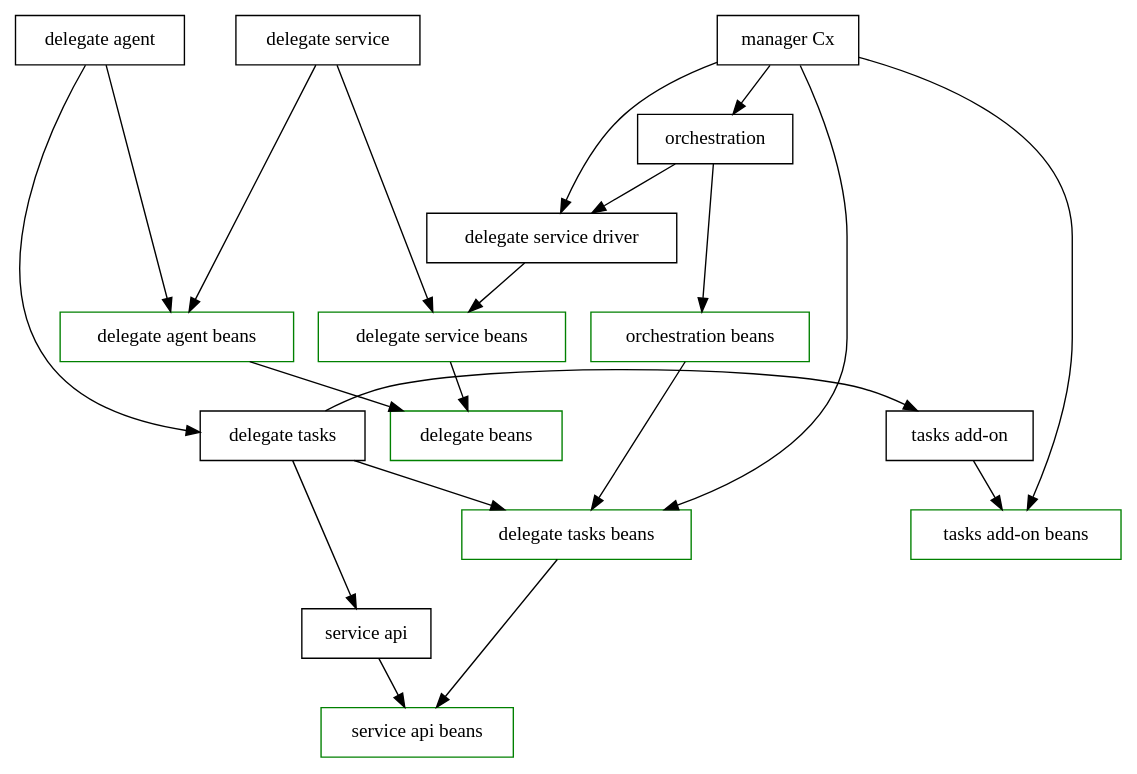
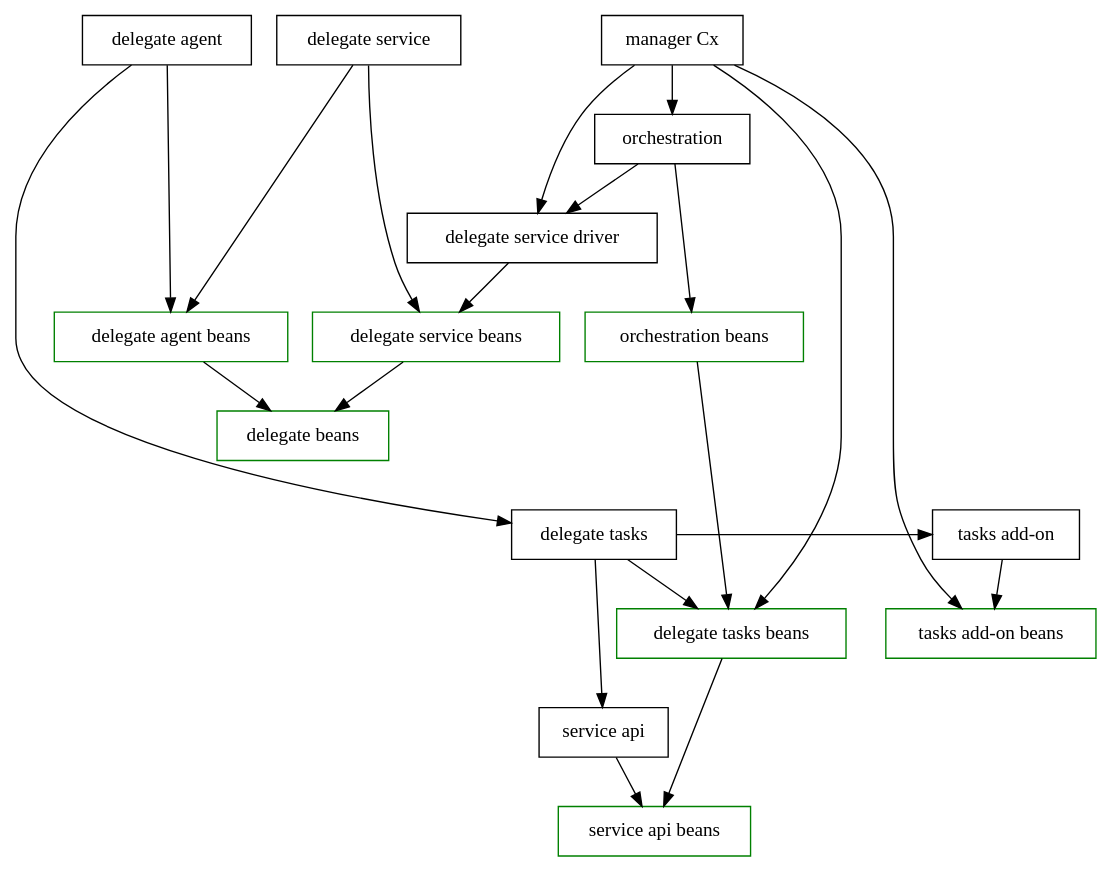
The diagram in img/graphviz/layers.dot (pranay-harness/harness-core), drawn with Graphviz before and after one commit. The commit also changed 24 other files, not shown here.

```diff
--- a/img/graphviz/layers.dot
+++ b/img/graphviz/layers.dot
@@ -1,76 +1,78 @@
 digraph G {
   compound=true;
 
   service_api_beans [shape=rect color=green label="service api beans"];
 
   service_api [shape=rect label="service api"];
 
   subgraph {
     rank=same
     delegate_tasks_beans [shape=rect color=green label="delegate tasks beans"];
     tasks_add_on_beans [shape=rect color=green label="tasks add-on beans"];
   }
 
   subgraph {
     rank=same
     delegate_tasks [shape=rect label="delegate tasks"];
     tasks_add_on [shape=rect label="tasks add-on"];
   }
 
   delegate_beans [shape=rect color=green label="delegate beans"];
 
   orchestration_beans [shape=rect color=green label="orchestration beans"];
 
   orchestration [shape=rect label="orchestration"];
 
   delegate_service_driver [shape=rect label="delegate service driver"];
 
   subgraph {
     rank=same
     delegate_agent_beans [shape=rect color=green label="delegate agent beans"];
     delegate_service_beans [shape=rect color=green label="delegate service beans"];
   }
 
   subgraph {
     rank=same
+    edge[style=invis];
     delegate_agent [shape=rect label="delegate agent"];
     delegate_service [shape=rect label="delegate service"];
     manager_cx [shape=rect label="manager Cx"];
+    delegate_agent -> delegate_service-> manager_cx;
   }
 
 
   service_api -> service_api_beans;
 
   delegate_tasks -> tasks_add_on;
 
   delegate_tasks_beans -> service_api_beans;
 
   delegate_tasks -> delegate_tasks_beans;
   tasks_add_on -> tasks_add_on_beans;
 
   delegate_tasks -> service_api [minlen=2];
 
   delegate_agent_beans-> delegate_beans;
 
   delegate_service_beans-> delegate_beans;
 
   orchestration_beans -> delegate_tasks_beans;
 
   orchestration -> delegate_service_driver;
 
   orchestration -> orchestration_beans;
 
   delegate_agent -> delegate_agent_beans;
-  delegate_agent -> delegate_tasks [minlen=4];
+  delegate_agent -> delegate_tasks [minlen=5];
 
   delegate_service_driver -> delegate_service_beans;
 
   delegate_service -> delegate_service_beans;
   delegate_service -> delegate_agent_beans;
 
   manager_cx -> delegate_service_driver;
   manager_cx -> delegate_tasks_beans;
   manager_cx -> tasks_add_on_beans;
 
   manager_cx -> orchestration;
 }
```
